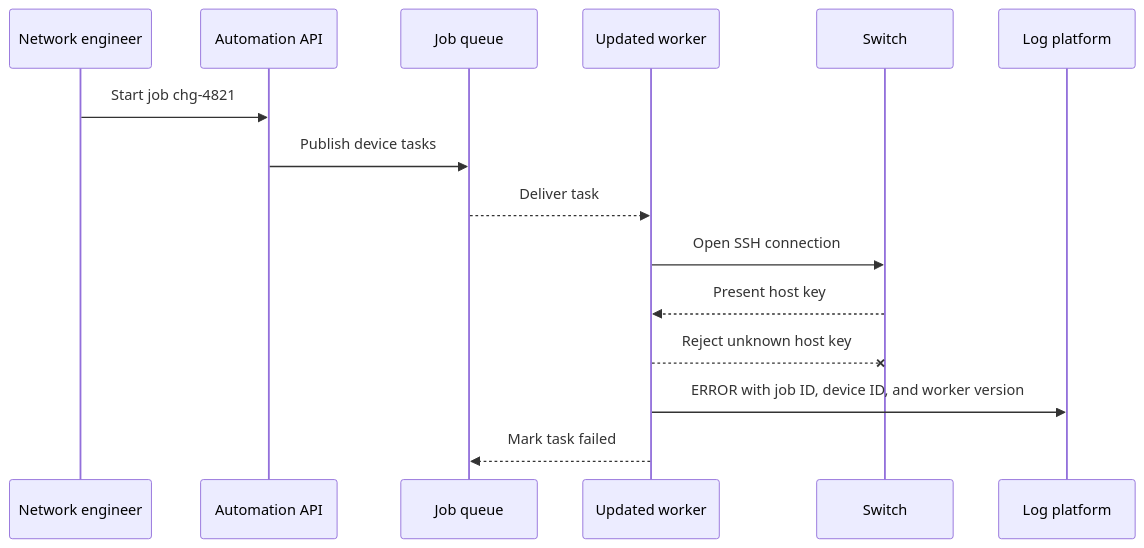
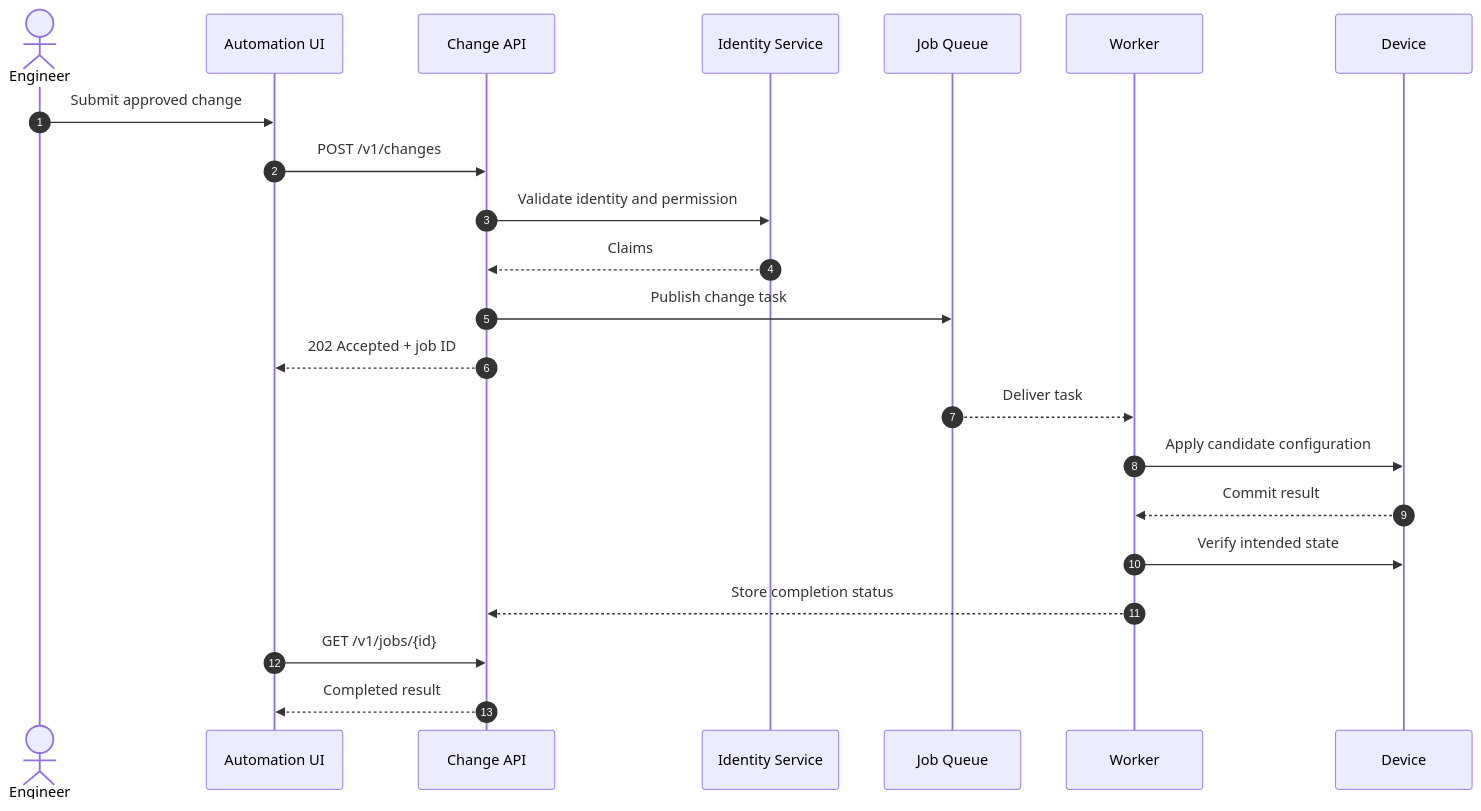
The fifth of 6 diagrams in Part1/Chapter1.md (tanthanh85/CCNPAUTO), drawn with Mermaid before and after one commit. The commit also changed other lines of this file and 3 other files, not shown here.

````diff
--- a/Part1/Chapter1.md
+++ b/Part1/Chapter1.md
@@ -599,18 +318,25 @@
 ```mermaid
 sequenceDiagram
-    participant Eng as Network engineer
-    participant API as Automation API
-    participant Q as Job queue
-    participant W as Updated worker
-    participant SW as Switch
-    participant Logs as Log platform
+    autonumber
+    actor Engineer
+    participant UI as Automation UI
+    participant API as Change API
+    participant Auth as Identity Service
+    participant Q as Job Queue
+    participant Worker
+    participant Device
 
-    Eng->>API: Start job chg-4821
-    API->>Q: Publish device tasks
-    Q-->>W: Deliver task
-    W->>SW: Open SSH connection
-    SW-->>W: Present host key
-    W--xSW: Reject unknown host key
-    W->>Logs: ERROR with job ID, device ID, and worker version
-    W-->>Q: Mark task failed
+    Engineer->>UI: Submit approved change
+    UI->>API: POST /v1/changes
+    API->>Auth: Validate identity and permission
+    Auth-->>API: Claims
+    API->>Q: Publish change task
+    API-->>UI: 202 Accepted + job ID
+    Q-->>Worker: Deliver task
+    Worker->>Device: Apply candidate configuration
+    Device-->>Worker: Commit result
+    Worker->>Device: Verify intended state
+    Worker-->>API: Store completion status
+    UI->>API: GET /v1/jobs/{id}
+    API-->>UI: Completed result
 ```
````
